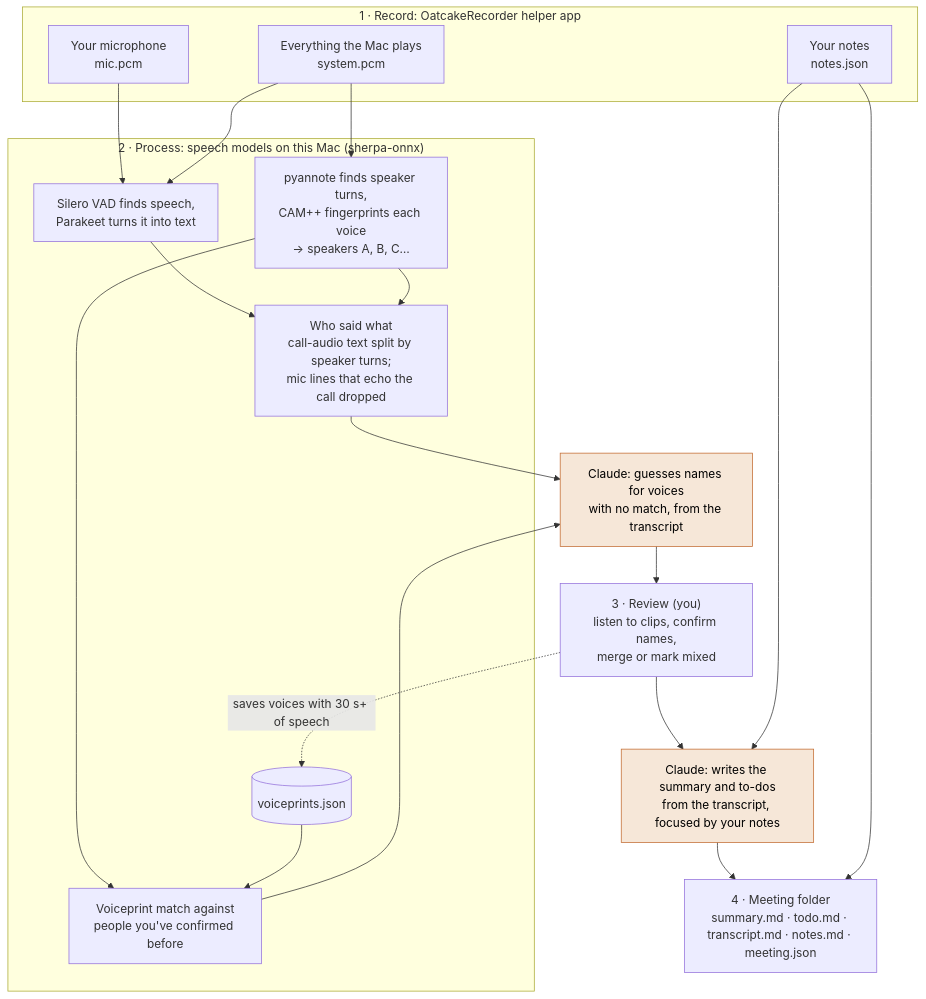
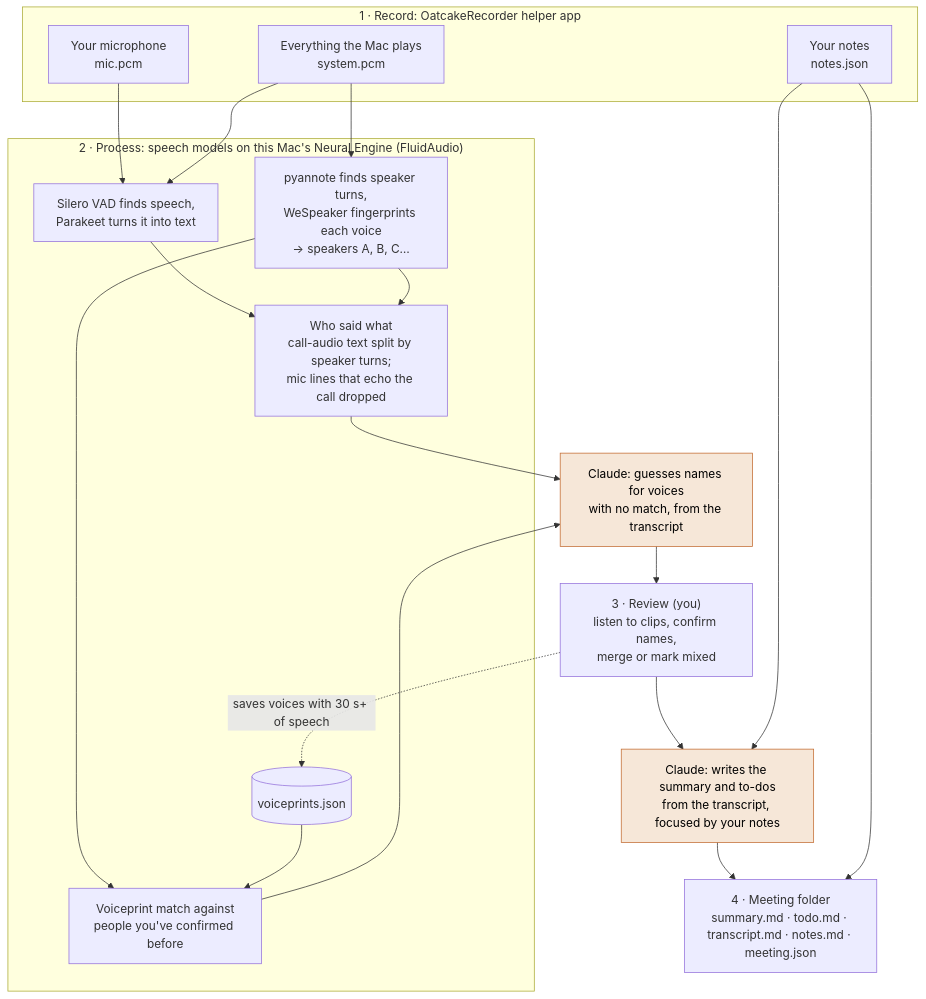
One commit to a8cteam51/oatcake changed the diagram in README.md. Above: the diagram before and after it, drawn with Mermaid. The commit also changed other lines of this file and 9 other files, not shown here.

````diff
--- a/README.md
+++ b/README.md
@@ -9,40 +9,40 @@
 ```mermaid
 flowchart TD
     subgraph record["1 · Record: OatcakeRecorder helper app"]
         mic["Your microphone<br/>mic.pcm"]
         sys["Everything the Mac plays<br/>system.pcm"]
         notes["Your notes<br/>notes.json"]
     end
 
-    subgraph process["2 · Process: speech models on this Mac (sherpa-onnx)"]
+    subgraph process["2 · Process: speech models on this Mac's Neural Engine (FluidAudio)"]
         asr["Silero VAD finds speech,<br/>Parakeet turns it into text"]
-        voices["pyannote finds speaker turns,<br/>CAM++ fingerprints each voice<br/>→ speakers A, B, C…"]
+        voices["pyannote finds speaker turns,<br/>WeSpeaker fingerprints each voice<br/>→ speakers A, B, C…"]
         combine["Who said what<br/>call-audio text split by speaker turns;<br/>mic lines that echo the call dropped"]
         match["Voiceprint match against<br/>people you've confirmed before"]
         prints[("voiceprints.json")]
     end
 
     guess["Claude: guesses names for voices<br/>with no match, from the transcript"]
     review["3 · Review (you)<br/>listen to clips, confirm names,<br/>merge or mark mixed"]
     summary["Claude: writes the summary and to-dos<br/>from the transcript, focused by your notes"]
     folder["4 · Meeting folder<br/>summary.md · todo.md · transcript.md · notes.md · meeting.json"]
 
     mic --> asr
     sys --> asr
     sys --> voices
     asr --> combine
     voices --> combine
     voices --> match
     prints --> match
     combine --> guess
     match --> guess
     guess --> review
     review -.->|"saves voices with 30 s+ of speech"| prints
     review --> summary
     notes --> summary
     summary --> folder
     notes --> folder
 
     classDef llm fill:#f6e7d8,stroke:#c26a2e,color:#000
     class guess,summary llm
 ```
````
